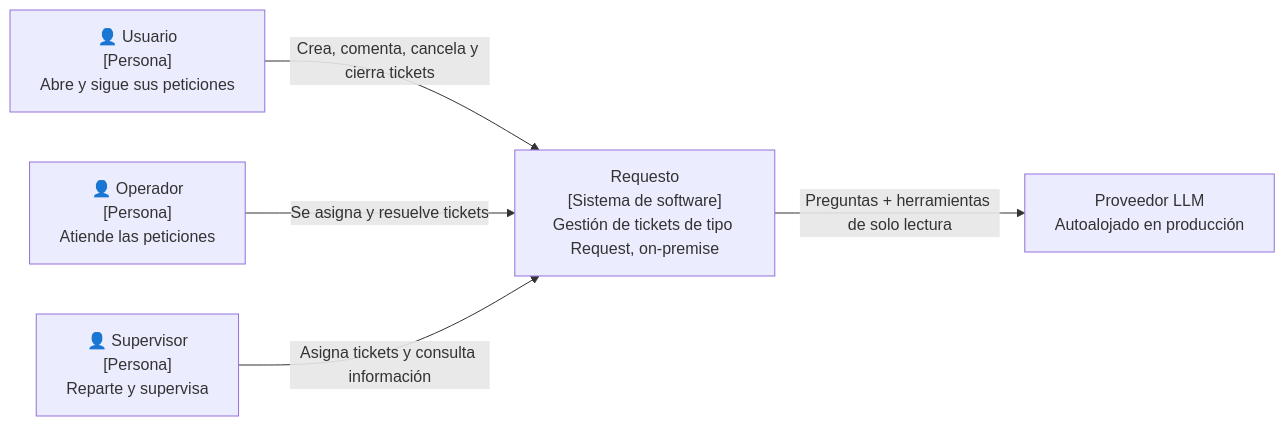
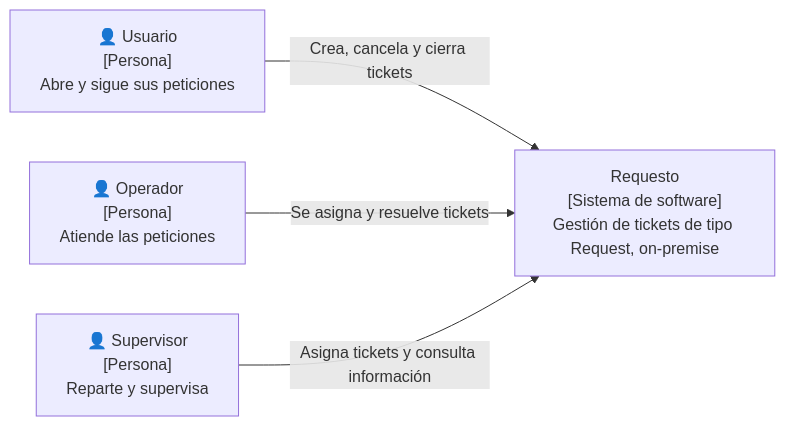
One commit to pedrolaralara/AI4Devs-finalproject changed the first of 11 diagrams in ARQUITECTURA.md. Above: the diagram before and after it, drawn with Mermaid. The commit also changed other lines of this file and 26 other files, not shown here.

````diff
--- a/ARQUITECTURA.md
+++ b/ARQUITECTURA.md
@@ -57,13 +57,11 @@
 ```mermaid
 flowchart LR
     Req["👤 Usuario<br/>[Persona]<br/>Abre y sigue sus peticiones"]
     Op["👤 Operador<br/>[Persona]<br/>Atiende las peticiones"]
     Sup["👤 Supervisor<br/>[Persona]<br/>Reparte y supervisa"]
     Sys["Requesto<br/>[Sistema de software]<br/>Gestión de tickets de tipo Request, on-premise"]
-    LLM["Proveedor LLM<br/>Autoalojado en producción"]
 
-    Req -- "Crea, comenta, cancela y cierra tickets" --> Sys
+    Req -- "Crea, cancela y cierra tickets" --> Sys
     Op -- "Se asigna y resuelve tickets" --> Sys
     Sup -- "Asigna tickets y consulta información" --> Sys
-    Sys -- "Preguntas + herramientas de solo lectura" --> LLM
 ```
````
